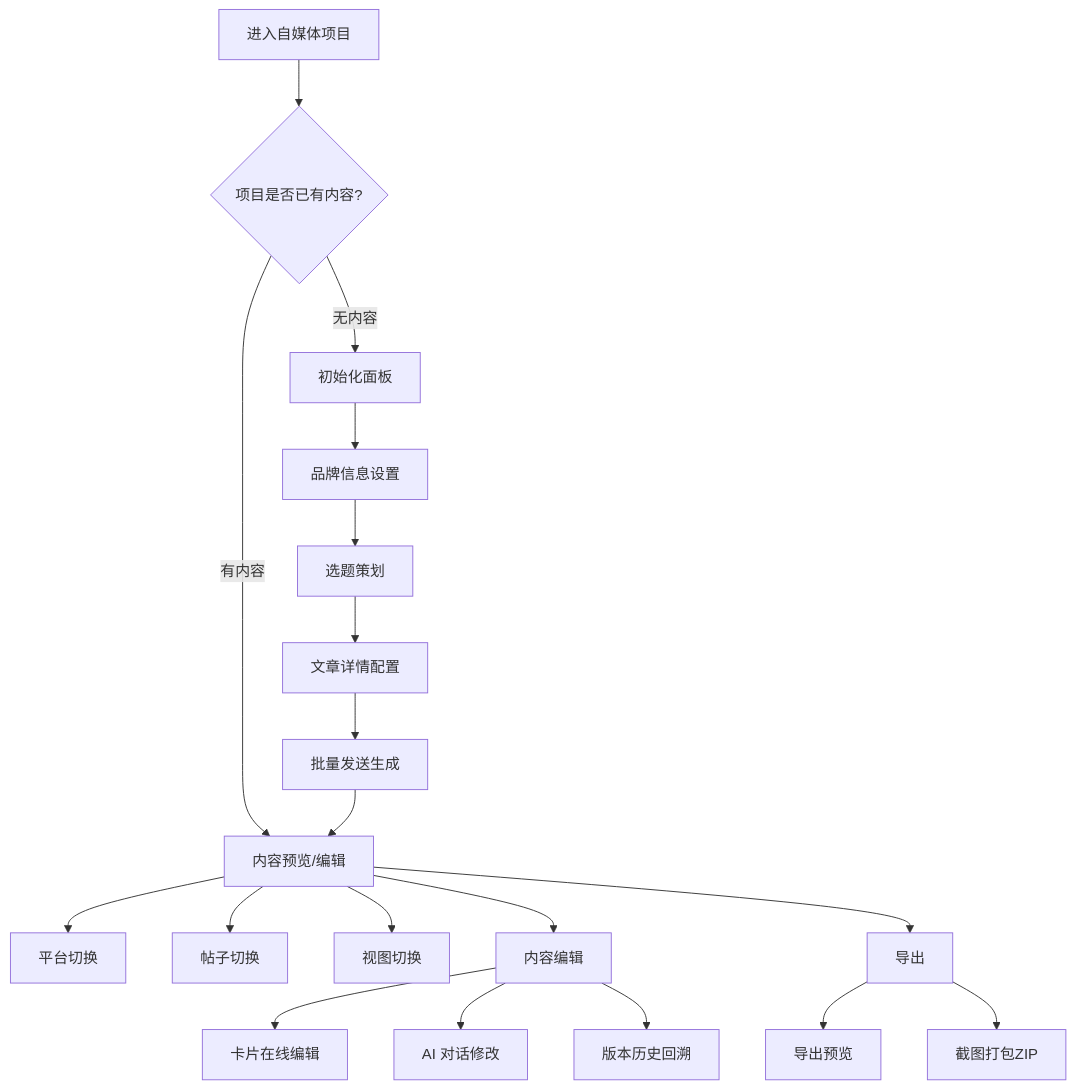
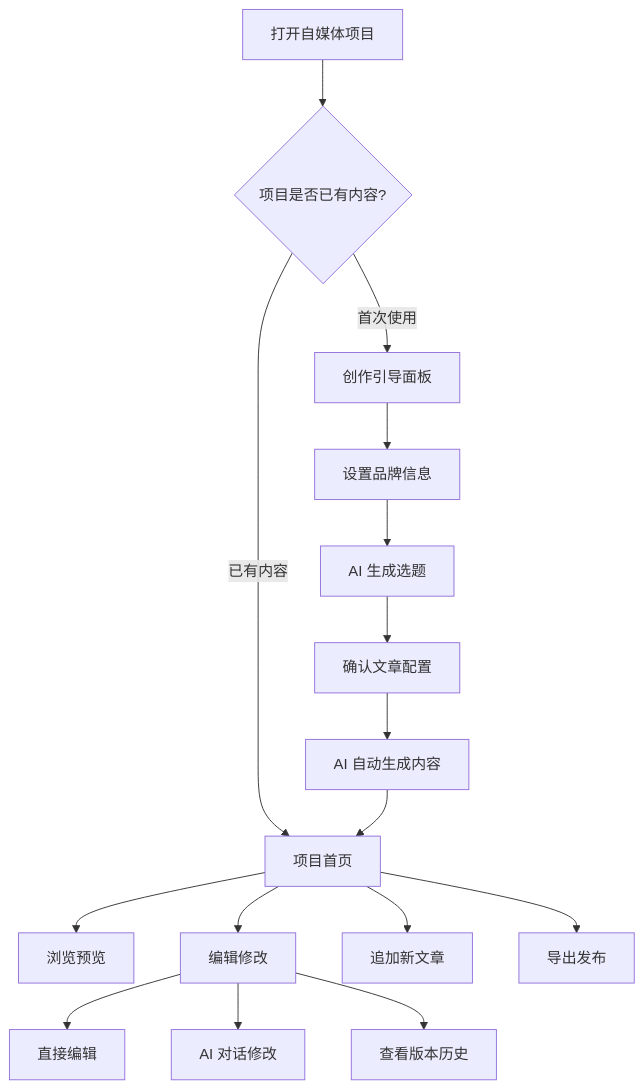
One commit to CloudEngineHub/magic changed the diagram in frontend/magic-web/src/pages/superMagic/components/Detail/components/SelfMediaRootRender/PRD.md. Above: the diagram before and after it, drawn with Mermaid. The commit also changed other lines of this file and 37 other files, not shown here.

````diff
--- a/frontend/magic-web/src/pages/superMagic/components/Detail/components/SelfMediaRootRender/PRD.md
+++ b/frontend/magic-web/src/pages/superMagic/components/Detail/components/SelfMediaRootRender/PRD.md
@@ -23,25 +41,21 @@
 ```mermaid
 flowchart TD
-    A[进入自媒体项目] --> B{项目是否已有内容?}
-    B -->|无内容| C[初始化面板]
-    B -->|有内容| D[内容预览/编辑]
+    A[打开自媒体项目] --> B{项目是否已有内容?}
+    B -->|首次使用| C[创作引导面板]
+    B -->|已有内容| D[项目首页]
 
-    C --> C1[品牌信息设置]
-    C1 --> C2[选题策划]
-    C2 --> C3[文章详情配置]
-    C3 --> C4[批量发送生成]
+    C --> C1[设置品牌信息]
+    C1 --> C2[AI 生成选题]
+    C2 --> C3[确认文章配置]
+    C3 --> C4[AI 自动生成内容]
     C4 --> D
 
-    D --> D1[平台切换]
-    D --> D2[帖子切换]
-    D --> D3[视图切换]
-    D --> D4[内容编辑]
-    D --> D5[导出]
+    D --> D1[浏览预览]
+    D --> D2[编辑修改]
+    D --> D3[追加新文章]
+    D --> D4[导出发布]
 
-    D4 --> D4a[卡片在线编辑]
-    D4 --> D4b[AI 对话修改]
-    D4 --> D4c[版本历史回溯]
-
-    D5 --> D5a[导出预览]
-    D5 --> D5b[截图打包ZIP]
+    D2 --> D2a[直接编辑]
+    D2 --> D2b[AI 对话修改]
+    D2 --> D2c[查看版本历史]
 ```
````
